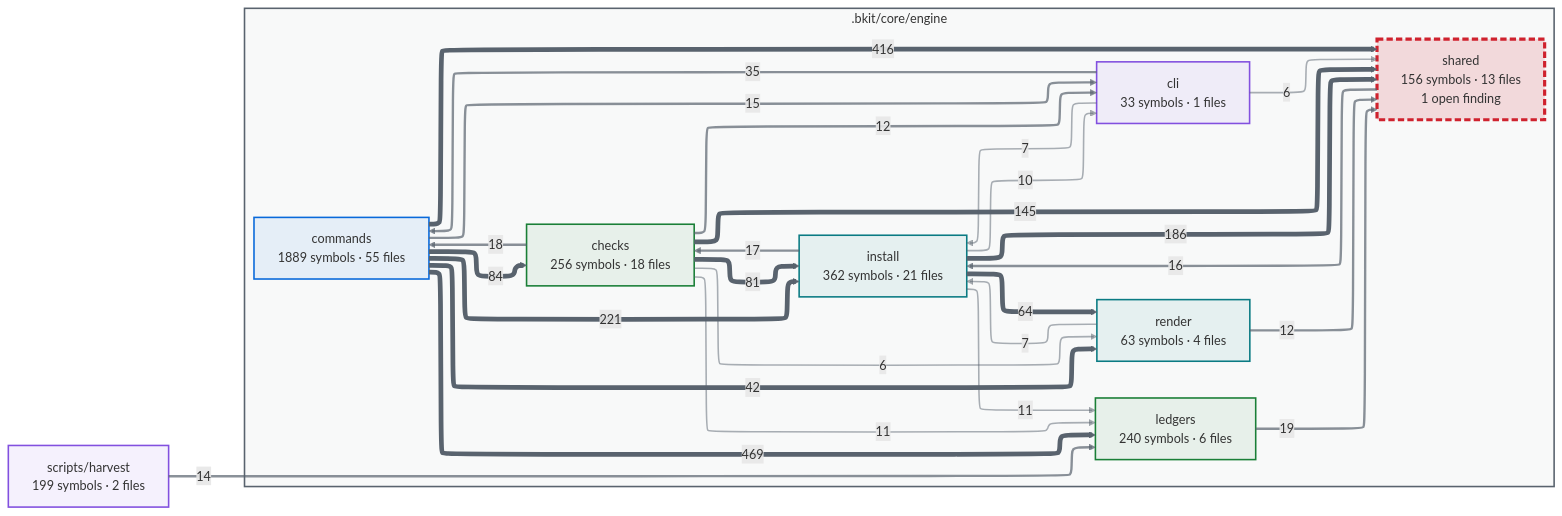
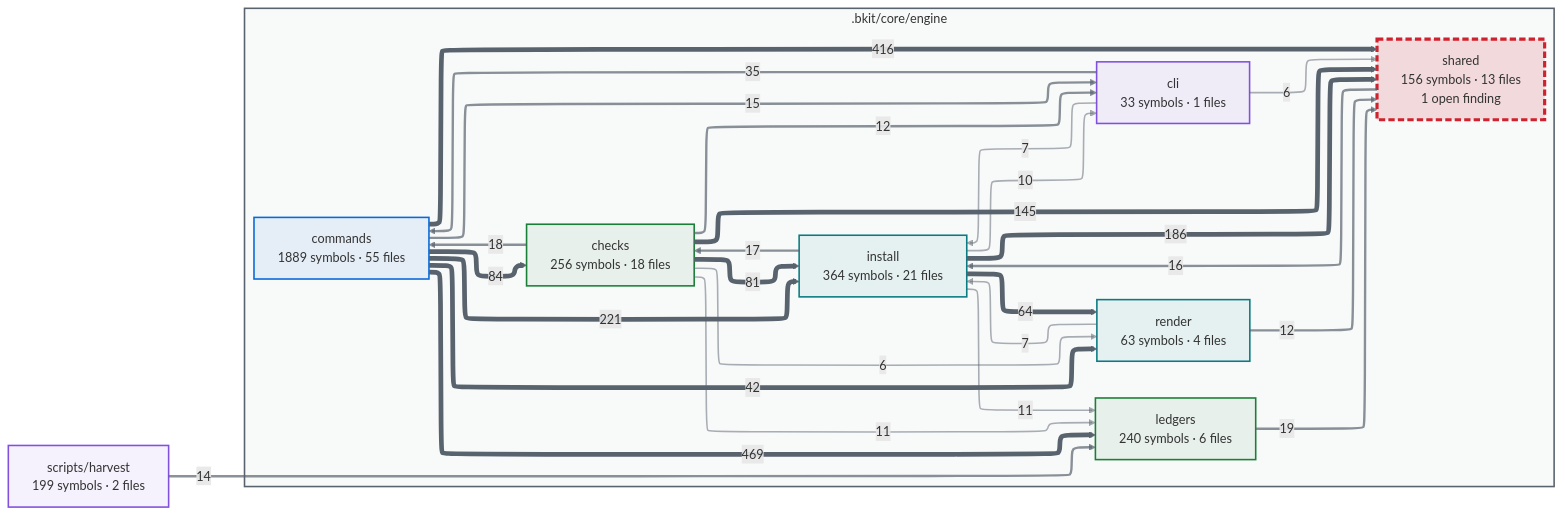
One commit to cbartens/bkit changed the first of 2 diagrams in docs/capabilities.md. Above: the diagram before and after it, drawn with Mermaid. The commit also changed other lines of this file and 62 other files, not shown here.

````diff
--- a/docs/capabilities.md
+++ b/docs/capabilities.md
@@ -154,80 +154,80 @@
 ```mermaid
 ---
 config:
   layout: elk
   themeCSS: "marker { overflow: visible; } marker path { transform: scale(1.8); transform-origin: 5px 5px; }"
   flowchart:
     useMaxWidth: false
 ---
 flowchart LR
   %% Generated by bkit-graphify-rollup.py — do not edit
   subgraph gn_bkit_core_engine[".bkit/core/engine"]
     n_bkit_core_engine_checks["checks<br/>256 symbols · 18 files"]
     n_bkit_core_engine_cli["cli<br/>33 symbols · 1 files"]
     n_bkit_core_engine_commands["commands<br/>1889 symbols · 55 files"]
-    n_bkit_core_engine_install["install<br/>362 symbols · 21 files"]
+    n_bkit_core_engine_install["install<br/>364 symbols · 21 files"]
     n_bkit_core_engine_ledgers["ledgers<br/>240 symbols · 6 files"]
     n_bkit_core_engine_render["render<br/>63 symbols · 4 files"]
     n_bkit_core_engine_shared["shared<br/>156 symbols · 13 files<br/>1 open finding"]
   end
   nscripts_harvest["scripts/harvest<br/>199 symbols · 2 files"]
   n_bkit_core_engine_commands -->|469| n_bkit_core_engine_ledgers
   n_bkit_core_engine_commands -->|416| n_bkit_core_engine_shared
   n_bkit_core_engine_commands -->|221| n_bkit_core_engine_install
   n_bkit_core_engine_install -->|186| n_bkit_core_engine_shared
   n_bkit_core_engine_checks -->|145| n_bkit_core_engine_shared
   n_bkit_core_engine_commands -->|84| n_bkit_core_engine_checks
   n_bkit_core_engine_checks -->|81| n_bkit_core_engine_install
   n_bkit_core_engine_install -->|64| n_bkit_core_engine_render
   n_bkit_core_engine_commands -->|42| n_bkit_core_engine_render
   n_bkit_core_engine_cli -->|35| n_bkit_core_engine_commands
   n_bkit_core_engine_ledgers -->|19| n_bkit_core_engine_shared
   n_bkit_core_engine_checks -->|18| n_bkit_core_engine_commands
   n_bkit_core_engine_install -->|17| n_bkit_core_engine_checks
   n_bkit_core_engine_shared -->|16| n_bkit_core_engine_install
   n_bkit_core_engine_commands -->|15| n_bkit_core_engine_cli
   nscripts_harvest -->|14| n_bkit_core_engine_ledgers
   n_bkit_core_engine_checks -->|12| n_bkit_core_engine_cli
   n_bkit_core_engine_render -->|12| n_bkit_core_engine_shared
   n_bkit_core_engine_checks -->|11| n_bkit_core_engine_ledgers
   n_bkit_core_engine_install -->|11| n_bkit_core_engine_ledgers
   n_bkit_core_engine_install -->|10| n_bkit_core_engine_cli
   n_bkit_core_engine_cli -->|7| n_bkit_core_engine_install
   n_bkit_core_engine_render -->|7| n_bkit_core_engine_install
   n_bkit_core_engine_checks -->|6| n_bkit_core_engine_render
   n_bkit_core_engine_cli -->|6| n_bkit_core_engine_shared
   style gn_bkit_core_engine fill:#59636e0a,stroke:#59636e,stroke-width:2px
   style n_bkit_core_engine_checks stroke:#1a7f37,stroke-width:2px,fill:#1a7f3714
   style n_bkit_core_engine_cli stroke:#8250df,stroke-width:2px,fill:#8250df14
   style n_bkit_core_engine_commands stroke:#0969da,stroke-width:2px,fill:#0969da14
   style n_bkit_core_engine_install stroke:#0a7b83,stroke-width:2px,fill:#0a7b8314
   style n_bkit_core_engine_ledgers stroke:#1a7f37,stroke-width:2px,fill:#1a7f3714
   style n_bkit_core_engine_render stroke:#0a7b83,stroke-width:2px,fill:#0a7b8314
   style n_bkit_core_engine_shared stroke:#cf222e,stroke-width:4px,stroke-dasharray:8 4,fill:#cf222e26
   style nscripts_harvest stroke:#8250df,stroke-width:2px,fill:#8250df14
   linkStyle 0 stroke:#59636e,stroke-width:6px
   linkStyle 1 stroke:#59636e,stroke-width:6px
   linkStyle 2 stroke:#59636e,stroke-width:6px
   linkStyle 3 stroke:#59636e,stroke-width:6px
   linkStyle 4 stroke:#59636e,stroke-width:6px
   linkStyle 5 stroke:#59636e,stroke-width:6px
   linkStyle 6 stroke:#59636e,stroke-width:6px
   linkStyle 7 stroke:#59636e,stroke-width:6px
   linkStyle 8 stroke:#59636e,stroke-width:6px
   linkStyle 9 stroke:#59636eb3,stroke-width:3px
   linkStyle 10 stroke:#59636eb3,stroke-width:3px
   linkStyle 11 stroke:#59636eb3,stroke-width:3px
   linkStyle 12 stroke:#59636eb3,stroke-width:3px
   linkStyle 13 stroke:#59636eb3,stroke-width:3px
   linkStyle 14 stroke:#59636eb3,stroke-width:3px
   linkStyle 15 stroke:#59636eb3,stroke-width:3px
   linkStyle 16 stroke:#59636eb3,stroke-width:3px
   linkStyle 17 stroke:#59636eb3,stroke-width:3px
   linkStyle 18 stroke:#59636e80,stroke-width:2px
   linkStyle 19 stroke:#59636e80,stroke-width:2px
   linkStyle 20 stroke:#59636e80,stroke-width:2px
   linkStyle 21 stroke:#59636e80,stroke-width:2px
   linkStyle 22 stroke:#59636e80,stroke-width:2px
   linkStyle 23 stroke:#59636e80,stroke-width:2px
   linkStyle 24 stroke:#59636e80,stroke-width:2px
 ```
````
